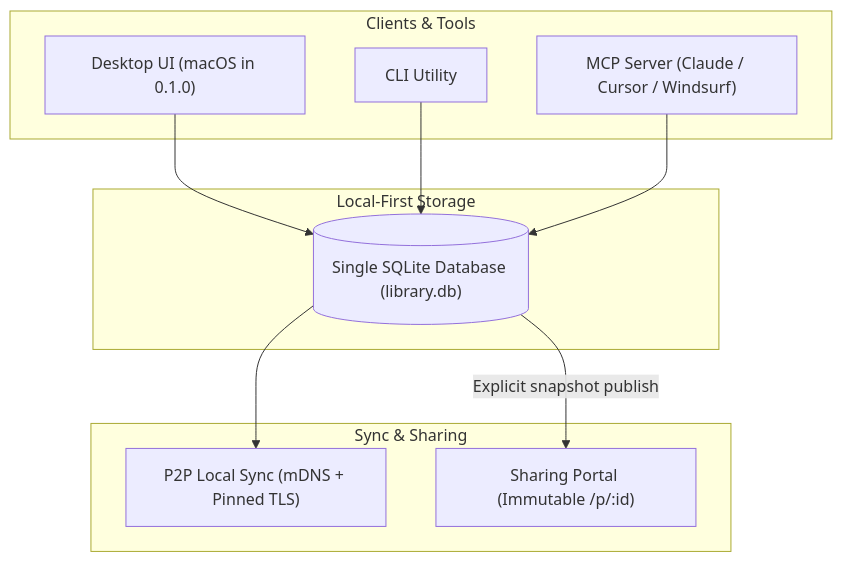
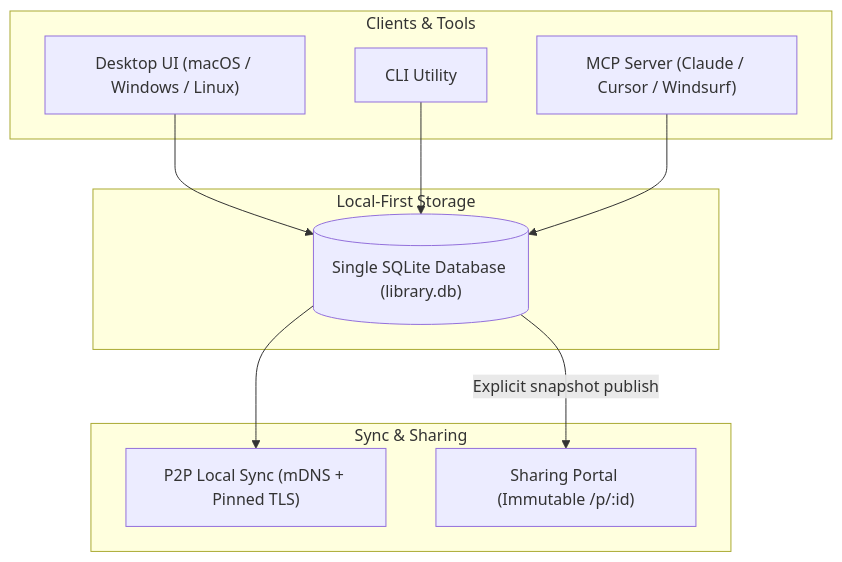
The diagram in docs/getting-started/overview.md (PromptBranch/promptbranch), drawn with Mermaid before and after one commit. The commit also changed other lines of this file and 8 other files, not shown here.

````diff
--- a/docs/getting-started/overview.md
+++ b/docs/getting-started/overview.md
@@ -10,23 +10,23 @@
 ```mermaid
 graph TD
   subgraph Clients["Clients & Tools"]
-    Desktop["Desktop UI (macOS in 0.1.0)"]
+    Desktop["Desktop UI (macOS / Windows / Linux)"]
     CLI["CLI Utility"]
     MCP["MCP Server (Claude / Cursor / Windsurf)"]
   end
 
   subgraph Store["Local-First Storage"]
     SQLite[("Single SQLite Database (library.db)")]
   end
 
   subgraph Distribution["Sync & Sharing"]
     Sync["P2P Local Sync (mDNS + Pinned TLS)"]
     Portal["Sharing Portal (Immutable /p/:id)"]
   end
 
   Desktop --> SQLite
   CLI --> SQLite
   MCP --> SQLite
   SQLite --> Sync
   SQLite -->|Explicit snapshot publish| Portal
 ```
````
